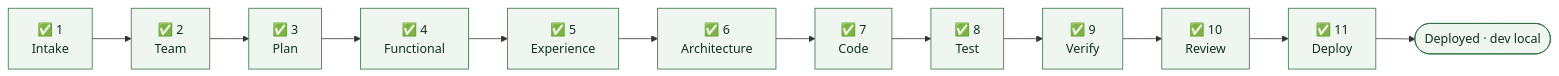
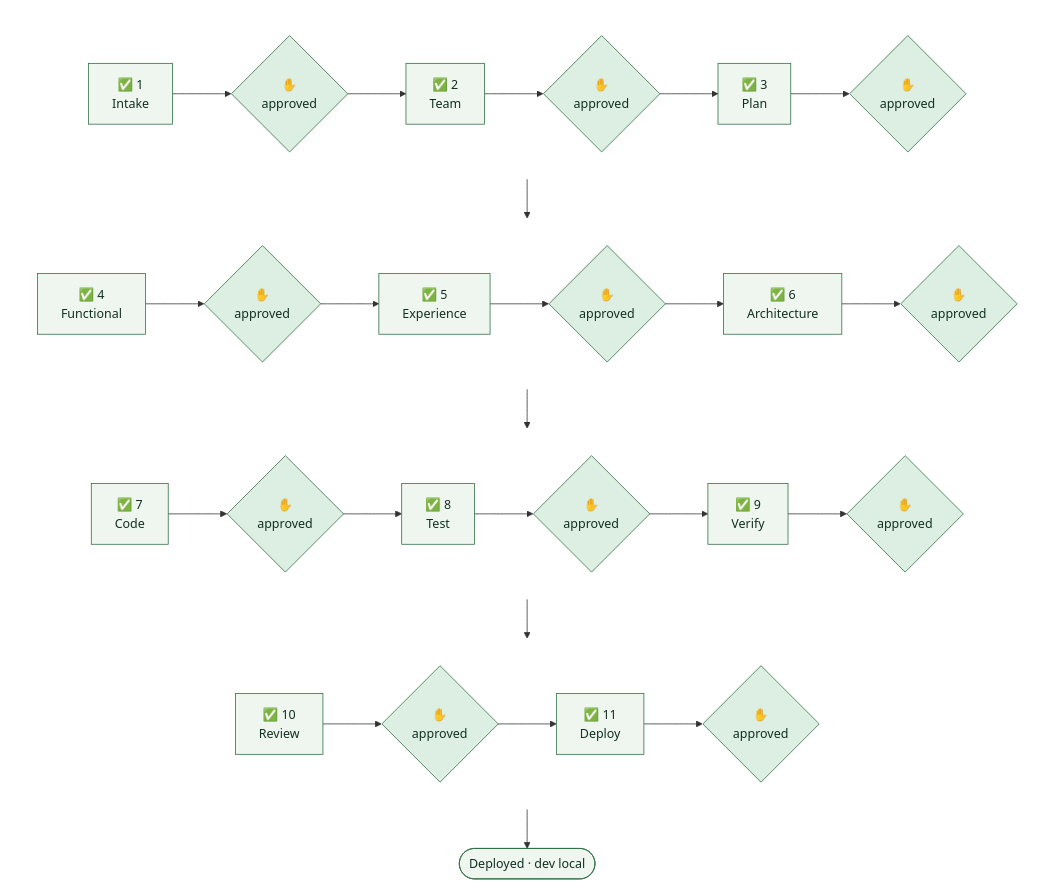
Before and after one commit to tandonakhil/AICluadeCode: the fifth of 7 diagrams in admin/samples/PIPELINE_WALKTHROUGH.md, drawn with Mermaid. The commit also changed other lines of this file and 5 other files, not shown here.

First line of the commit message:
Graph: wrap at 7 boxes, human checkpoints as activated steps, mandatory control

````diff
--- a/admin/samples/PIPELINE_WALKTHROUGH.md
+++ b/admin/samples/PIPELINE_WALKTHROUGH.md
@@ -322,10 +432,38 @@
 ```mermaid
-flowchart LR
-  G1["✅ 1<br/>Intake"] --> G2["✅ 2<br/>Team"] --> G3["✅ 3<br/>Plan"] --> G4["✅ 4<br/>Functional"]
-  G4 --> G5["✅ 5<br/>Experience"] --> G6["✅ 6<br/>Architecture"] --> G7["✅ 7<br/>Code"]
-  G7 --> G8["✅ 8<br/>Test"] --> G9["✅ 9<br/>Verify"] --> G10["✅ 10<br/>Review"] --> G11["✅ 11<br/>Deploy"]
-  G11 --> DONE(["Deployed · dev local"])
-
-  classDef done fill:#eef6ef,stroke:#2f6f43,color:#123021
+flowchart TB
+  subgraph r1 [" "]
+    direction LR
+    G1["✅ 1<br/>Intake"] --> H1{"✋<br/>approved"} --> G2["✅ 2<br/>Team"] --> H2{"✋<br/>approved"} --> G3["✅ 3<br/>Plan"] --> H3{"✋<br/>approved"}
+  end
+  subgraph r2 [" "]
+    direction LR
+    G4["✅ 4<br/>Functional"] --> H4{"✋<br/>approved"} --> G5["✅ 5<br/>Experience"] --> H5{"✋<br/>approved"} --> G6["✅ 6<br/>Architecture"] --> H6{"✋<br/>approved"}
+  end
+  subgraph r3 [" "]
+    direction LR
+    G7["✅ 7<br/>Code"] --> H7{"✋<br/>approved"} --> G8["✅ 8<br/>Test"] --> H8{"✋<br/>approved"} --> G9["✅ 9<br/>Verify"] --> H9{"✋<br/>approved"}
+  end
+  subgraph r4 [" "]
+    direction LR
+    G10["✅ 10<br/>Review"] --> H10{"✋<br/>approved"} --> G11["✅ 11<br/>Deploy"] --> H11{"✋<br/>approved"}
+  end
+  H3 --> G4
+  H6 --> G7
+  H9 --> G10
+  H11 --> DONE(["Deployed · dev local"])
+  classDef done    fill:#eef6ef,stroke:#2f6f43,color:#123021
+  classDef active  fill:#fff8e6,stroke:#8a6410,stroke-width:2px,color:#3d2c04
+  classDef looped  fill:#fdf0ec,stroke:#a3341f,stroke-width:2px,color:#3d1109
+  classDef warn    fill:#fff8e6,stroke:#8a6410,stroke-width:2px,color:#3d2c04
+  classDef pending fill:#f4f5f7,stroke:#b8bfc9,color:#767f8d
+  classDef skipped fill:#f4f5f7,stroke:#b8bfc9,color:#767f8d,stroke-dasharray:4 3
+  classDef hdone   fill:#dcefe2,stroke:#2f6f43,color:#123021
+  classDef hwait   fill:#ffe9a8,stroke:#8a6410,stroke-width:4px,color:#3d2c04
+  classDef hpend   fill:#fafbfc,stroke:#cfd5dd,color:#98a1ad,stroke-dasharray:3 3
+  classDef hskip   fill:#fafbfc,stroke:#cfd5dd,color:#98a1ad,stroke-dasharray:3 3
+  classDef hnone   fill:#f8ded7,stroke:#a3341f,stroke-width:3px,color:#3d1109
+  classDef rowbox  fill:none,stroke:none
   class G1,G2,G3,G4,G5,G6,G7,G8,G9,G10,G11,DONE done
+  class H1,H2,H3,H4,H5,H6,H7,H8,H9,H10,H11 hdone
+  class r1,r2,r3,r4 rowbox
 ```
````
